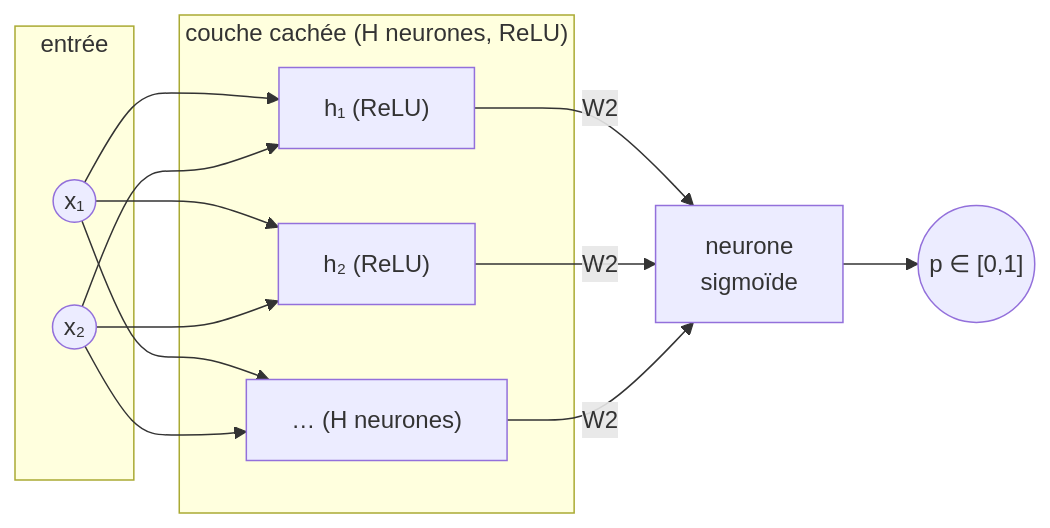
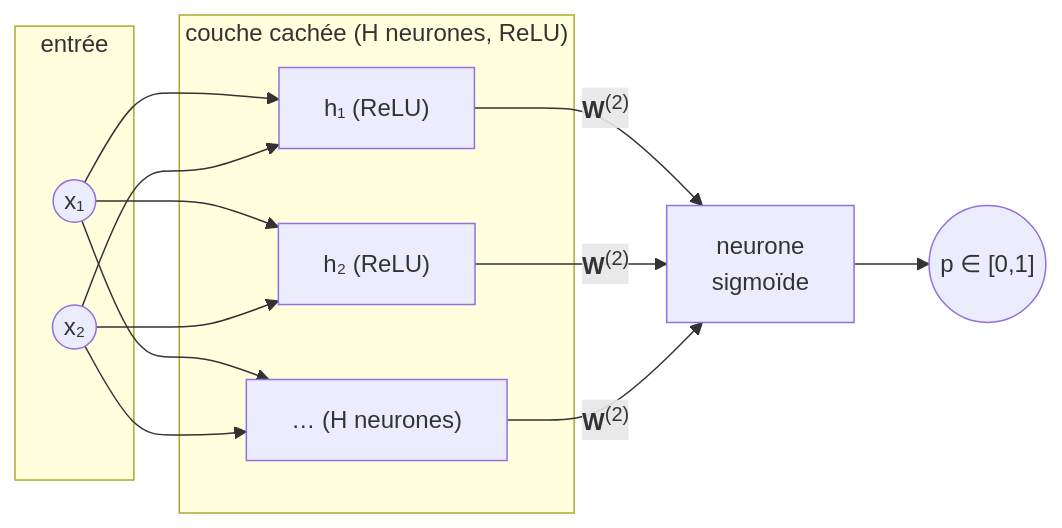
The diagram in 03-xor-couche-cachee/README.md (jlg-formation/ai-training), drawn with Mermaid before and after one commit. The commit also changed other lines of this file and 4 other files, not shown here.

````diff
--- a/03-xor-couche-cachee/README.md
+++ b/03-xor-couche-cachee/README.md
@@ -51,22 +51,22 @@
 ```mermaid
 graph LR
     x1(("x₁")) --> h1["h₁ (ReLU)"]
     x1 --> h2["h₂ (ReLU)"]
     x1 --> hh["… (H neurones)"]
     x2(("x₂")) --> h1
     x2 --> h2
     x2 --> hh
-    h1 -- "W2" --> O["neurone<br/>sigmoïde"]
-    h2 -- "W2" --> O
-    hh -- "W2" --> O
+    h1 -- "<b>W</b><sup>(2)</sup>" --> O["neurone<br/>sigmoïde"]
+    h2 -- "<b>W</b><sup>(2)</sup>" --> O
+    hh -- "<b>W</b><sup>(2)</sup>" --> O
     O --> p(("p ∈ [0,1]"))
     subgraph entree["entrée"]
         x1
         x2
     end
     subgraph cachee["couche cachée (H neurones, ReLU)"]
         h1
         h2
         hh
     end
 ```
````
